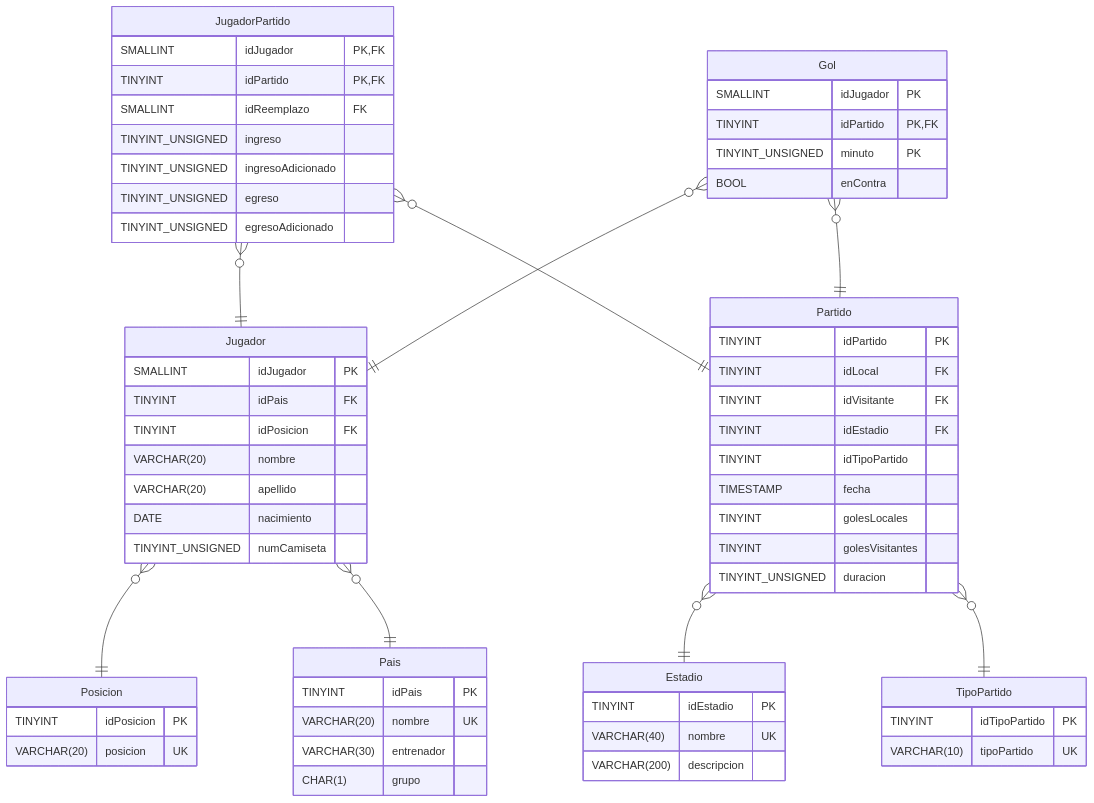
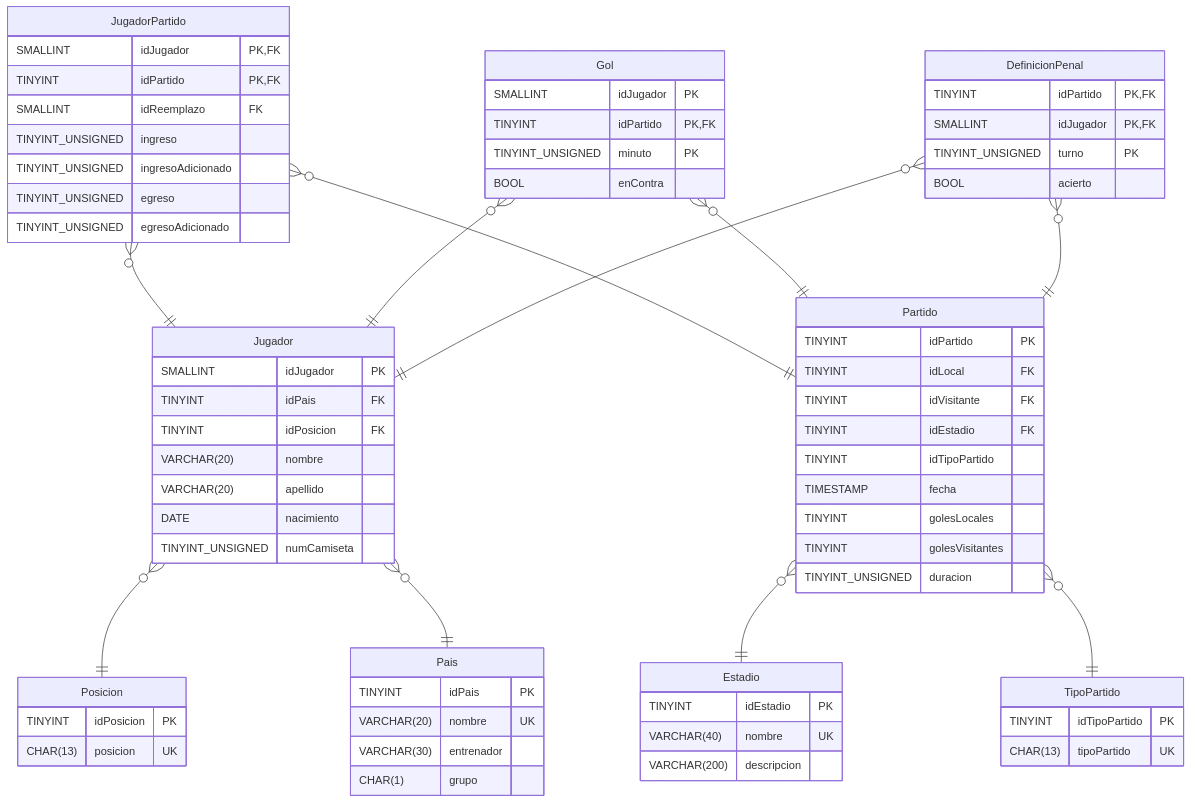
The diagram in README.md (PasandiLuka/BD-Mundial22), drawn with Mermaid before and after one commit. The commit also changed other lines of this file and 2 other files, not shown here.

Commit message:
Participaciones de Argentinos OK

````diff
--- a/README.md
+++ b/README.md
@@ -6,68 +6,76 @@
 ```mermaid
 erDiagram
     Pais{   
         TINYINT idPais PK
         VARCHAR(20) nombre UK
         VARCHAR(30) entrenador
         CHAR(1) grupo
     }
     Estadio{
         TINYINT idEstadio PK
         VARCHAR(40) nombre UK
         VARCHAR(200) descripcion
     }
     TipoPartido{
         TINYINT idTipoPartido PK
-        VARCHAR(10) tipoPartido UK
+        CHAR(13) tipoPartido UK
     }
     Partido{
         TINYINT idPartido PK
         TINYINT idLocal FK
         TINYINT idVisitante FK
         TINYINT idEstadio FK
         TINYINT idTipoPartido
         TIMESTAMP fecha
         TINYINT golesLocales
         TINYINT golesVisitantes
         TINYINT_UNSIGNED duracion
     }
     Posicion{
         TINYINT idPosicion PK
-        VARCHAR(20) posicion UK
+        CHAR(13) posicion UK
     }
     Jugador{
         SMALLINT idJugador PK
         TINYINT idPais FK
         TINYINT idPosicion FK
         VARCHAR(20) nombre
         VARCHAR(20) apellido
         DATE nacimiento 
         TINYINT_UNSIGNED numCamiseta
     }
     JugadorPartido{
         SMALLINT idJugador PK, FK
         TINYINT idPartido PK, FK
         SMALLINT idReemplazo FK
         TINYINT_UNSIGNED ingreso
         TINYINT_UNSIGNED ingresoAdicionado
         TINYINT_UNSIGNED egreso
         TINYINT_UNSIGNED egresoAdicionado
     }
     Gol{
         SMALLINT idJugador PK
         TINYINT idPartido PK, FK
         TINYINT_UNSIGNED minuto PK
         BOOL enContra
     }
+    DefinicionPenal{
+        TINYINT idPartido PK, FK
+        SMALLINT idJugador PK, FK
+        TINYINT_UNSIGNED turno PK
+        BOOL acierto
+    }
 
     Jugador }o--|| Posicion :""
     Jugador }o--|| Pais :""
     Partido }o--|| Estadio :""
     Partido }o--|| TipoPartido :""
     JugadorPartido }o--|| Jugador :""
     JugadorPartido }o--|| Partido :""
     Gol }o--|| Jugador :""
     Gol }o--|| Partido :""
+    DefinicionPenal }o--|| Jugador :""
+    DefinicionPenal }o--|| Partido :""
 
 
 ```
````
